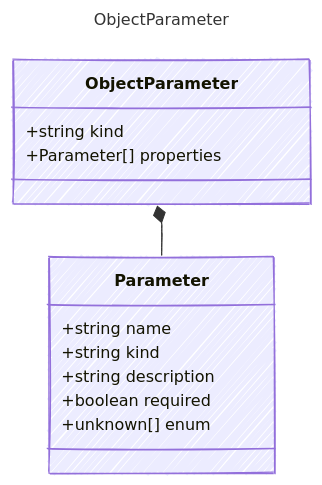
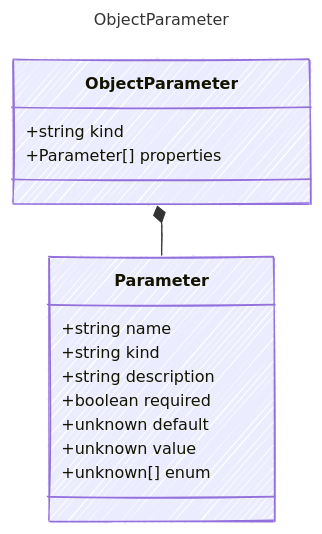
The diagram in specification/prompty/docs/ObjectParameter.md (microsoft/prompty), drawn with Mermaid before and after one commit. The commit also changed 6 other files, not shown here.

````diff
--- a/specification/prompty/docs/ObjectParameter.md
+++ b/specification/prompty/docs/ObjectParameter.md
@@ -7,24 +7,26 @@
 ```mermaid
 ---
 title: ObjectParameter
 config:
   look: handDrawn
   theme: colorful
   class:
     hideEmptyMembersBox: true
 ---
 classDiagram
     class ObjectParameter {
       
         +string kind
         +Parameter[] properties
     }
     class Parameter {
         +string name
         +string kind
         +string description
         +boolean required
+        +unknown default
+        +unknown value
         +unknown[] enum
     }
     ObjectParameter *-- Parameter
 ```
````
